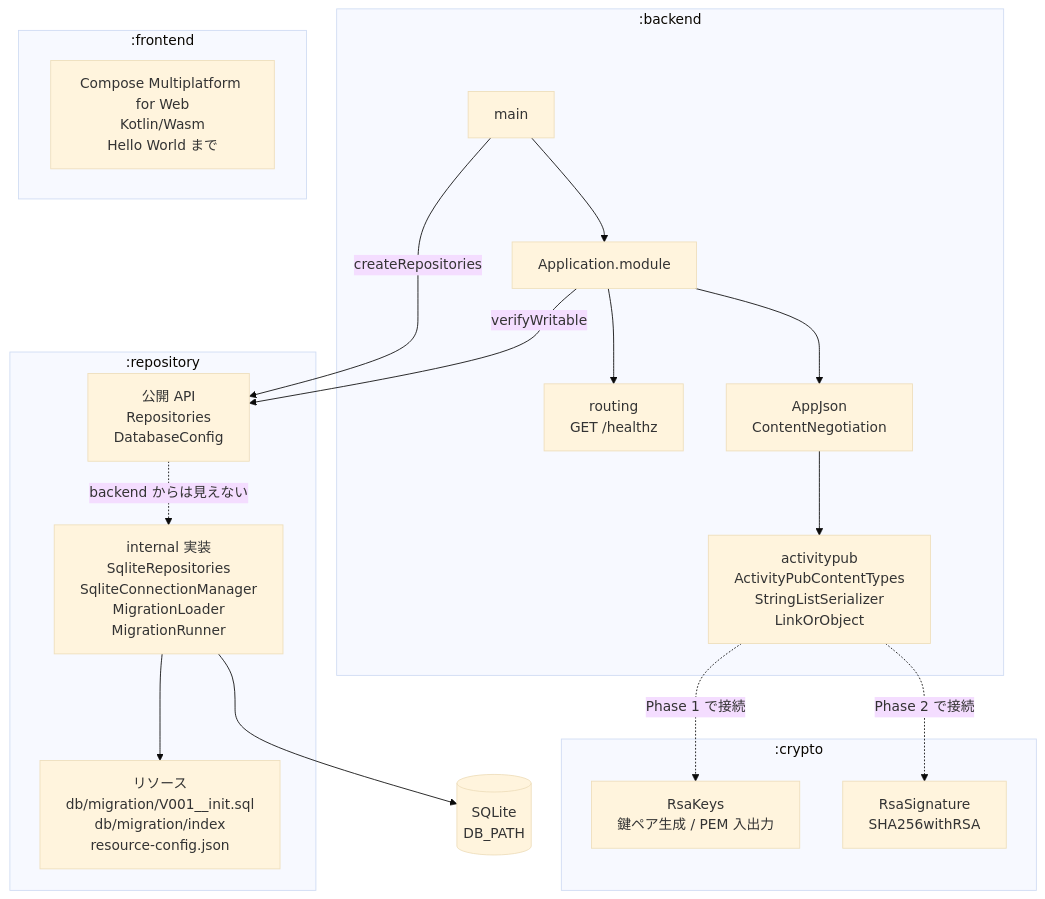
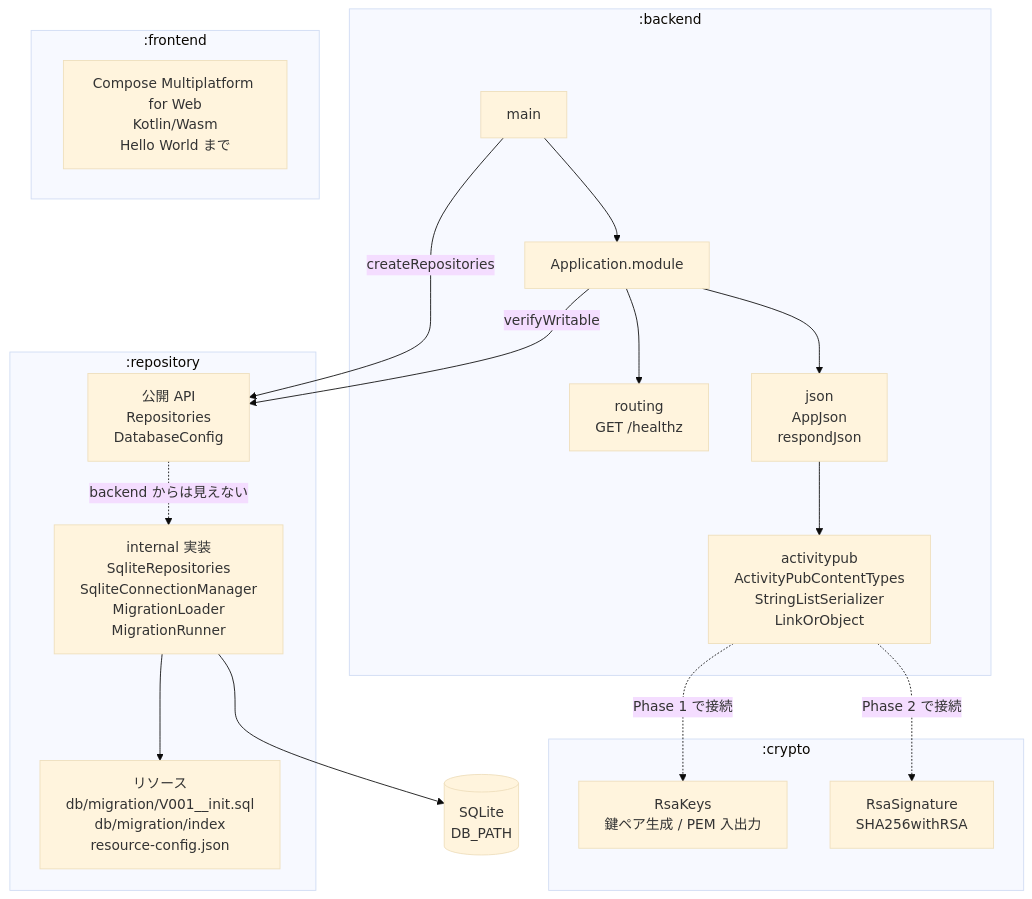
The first of 2 diagrams in README.md (matsudamper/mastodon-rss), drawn with Mermaid (base theme) before and after one commit. The commit also changed other lines of this file and 10 other files, not shown here.

First line of the commit message:
0-7: ContentNegotiation をやめて serializer を明示する

````diff
--- a/README.md
+++ b/README.md
@@ -15,39 +15,39 @@
 ```mermaid
 flowchart TB
     subgraph backend[":backend"]
         main["main"]
         module["Application.module"]
         route["routing<br/>GET /healthz"]
-        json["AppJson<br/>ContentNegotiation"]
+        json["json<br/>AppJson<br/>respondJson"]
         ap["activitypub<br/>ActivityPubContentTypes<br/>StringListSerializer<br/>LinkOrObject"]
     end
 
     subgraph crypto[":crypto"]
         keys["RsaKeys<br/>鍵ペア生成 / PEM 入出力"]
         sign["RsaSignature<br/>SHA256withRSA"]
     end
 
     subgraph repository[":repository"]
         api["公開 API<br/>Repositories<br/>DatabaseConfig"]
         impl["internal 実装<br/>SqliteRepositories<br/>SqliteConnectionManager<br/>MigrationLoader<br/>MigrationRunner"]
         res["リソース<br/>db/migration/V001__init.sql<br/>db/migration/index<br/>resource-config.json"]
     end
 
     subgraph frontend[":frontend"]
         compose["Compose Multiplatform for Web<br/>Kotlin/Wasm<br/>Hello World まで"]
     end
 
     db[("SQLite<br/>DB_PATH")]
 
     main --> module
     module --> json
     module --> route
     json --> ap
     main -->|createRepositories| api
     module -->|verifyWritable| api
     api -.->|backend からは見えない| impl
     impl --> res
     impl --> db
     ap -.->|Phase 1 で接続| keys
     ap -.->|Phase 2 で接続| sign
 ```
````
